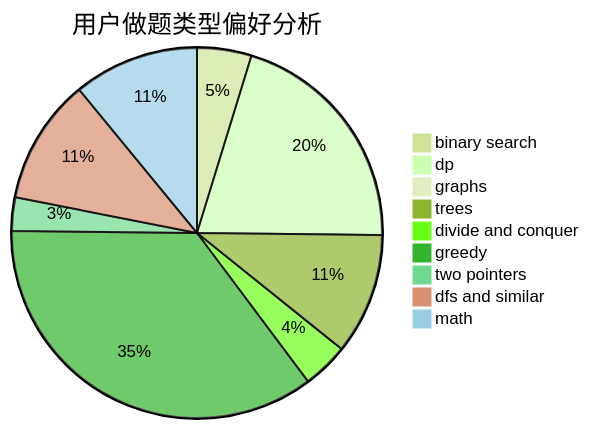
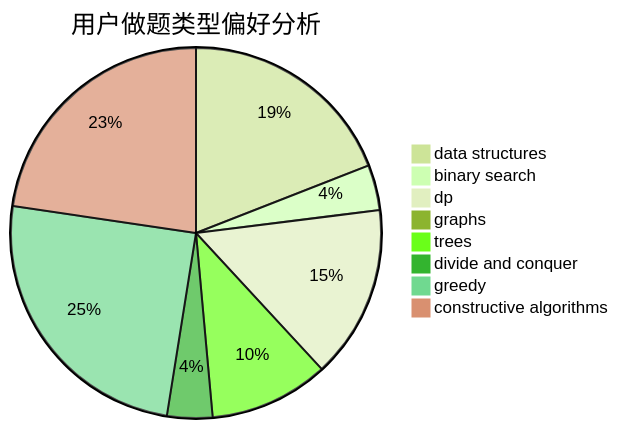
Before and after one commit to sherpahu/cfrs.github.io: the second of 3 diagrams in docs/user/u2593.md, drawn with Mermaid (forest theme). The commit also changed other lines of this file and 2775 other files, not shown here.

````diff
--- a/docs/user/u2593.md
+++ b/docs/user/u2593.md
@@ -23,12 +23,11 @@
 ```mermaid
 pie title 用户做题类型偏好分析
-    "binary search" :  13
-    "dp" :  56
-    "graphs" :  1
+    "data structures" :  53
+    "binary search" :  11
+    "dp" :  42
+    "graphs" :  0
     "trees" :  29
     "divide and conquer" :  11
-    "greedy" :  97
-    "two pointers" :  8
-    "dfs and similar" :  30
-    "math" :  30
+    "greedy" :  69
+    "constructive algorithms" :  63
 ```
````
